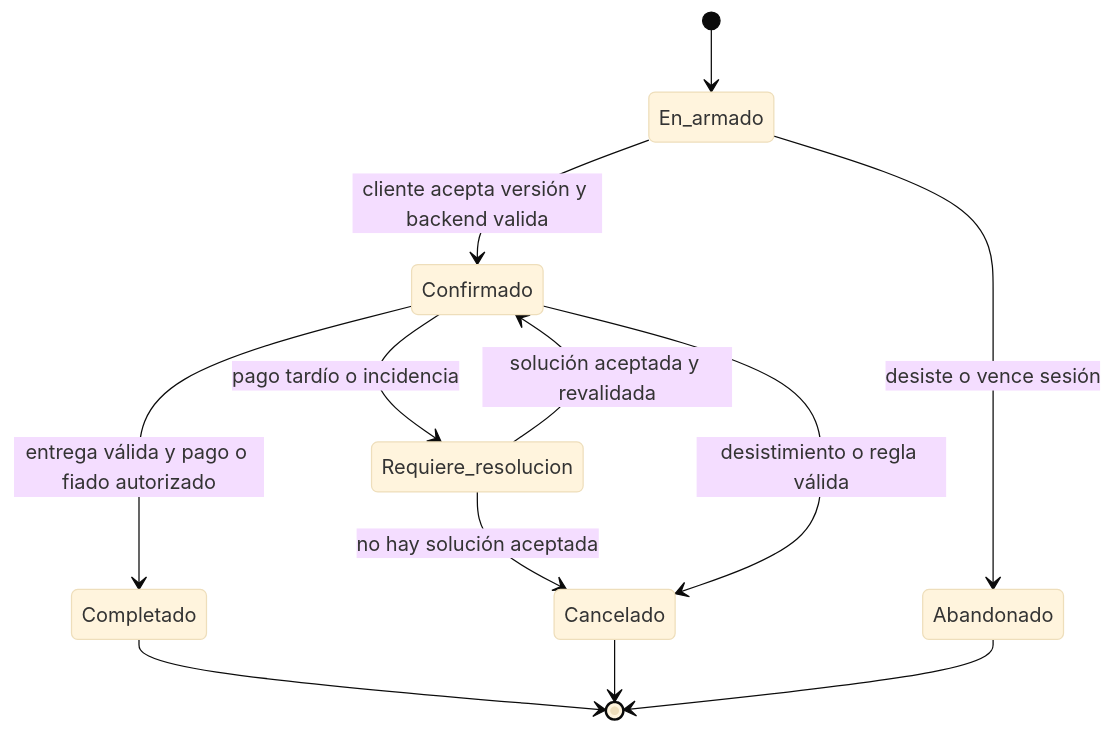
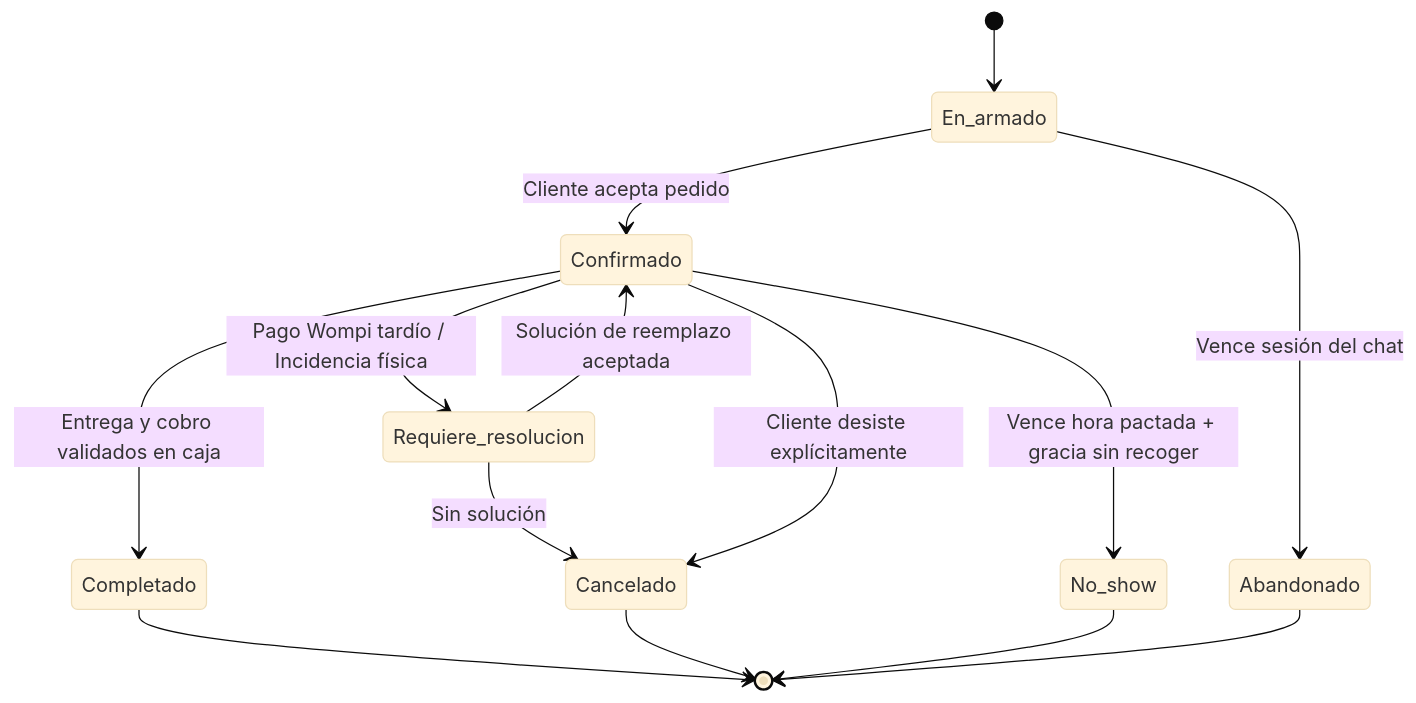
The first of 3 diagrams in contexto/definiciones/PT-003_BORRADOR.md (JulianCVM/AsisTendero), drawn with Mermaid (base theme) before and after one commit. The commit also changed other lines of this file, not shown here.

````diff
--- a/contexto/definiciones/PT-003_BORRADOR.md
+++ b/contexto/definiciones/PT-003_BORRADOR.md
@@ -44,14 +47,17 @@
 ```mermaid
 stateDiagram-v2
   [*] --> En_armado
-  En_armado --> Confirmado: cliente acepta versión y backend valida
-  En_armado --> Abandonado: desiste o vence sesión
-  Confirmado --> Requiere_resolucion: pago tardío o incidencia
-  Requiere_resolucion --> Confirmado: solución aceptada y revalidada
-  Requiere_resolucion --> Cancelado: no hay solución aceptada
-  Confirmado --> Cancelado: desistimiento o regla válida
-  Confirmado --> Completado: entrega válida y pago o fiado autorizado
+  En_armado --> Confirmado: Cliente acepta pedido
+  En_armado --> Abandonado: Vence sesión del chat
+  Confirmado --> Requiere_resolucion: Pago Wompi tardío / Incidencia física
+  Requiere_resolucion --> Confirmado: Solución de reemplazo aceptada
+  Requiere_resolucion --> Cancelado: Sin solución
+  Confirmado --> Cancelado: Cliente desiste explícitamente
+  Confirmado --> No_show: Vence hora pactada + gracia sin recoger
+  Confirmado --> Completado: Entrega y cobro validados en caja
   Completado --> [*]
   Cancelado --> [*]
+  No_show --> [*]
   Abandonado --> [*]
+
 ```
````
